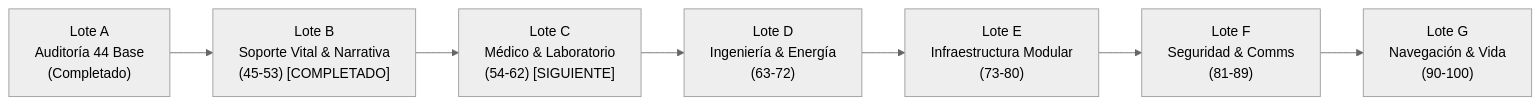
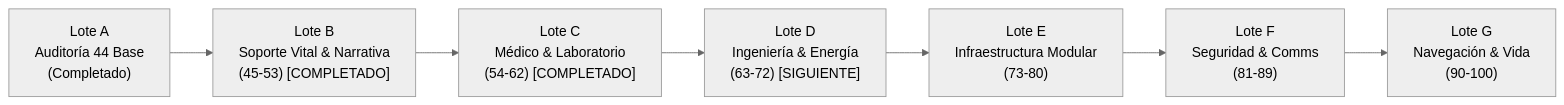
One commit to FrancisCuarto/MODELCODER changed the diagram in docs/BELOW_NOMINAL_100_ASSET_ROADMAP.md. Above: the diagram before and after it, drawn with Mermaid (neutral theme). The commit also changed other lines of this file and 75 other files, not shown here.

````diff
--- a/docs/BELOW_NOMINAL_100_ASSET_ROADMAP.md
+++ b/docs/BELOW_NOMINAL_100_ASSET_ROADMAP.md
@@ -13,9 +13,9 @@
 ```mermaid
 flowchart LR
     A["Lote A<br/>Auditoría 44 Base<br/>(Completado)"] --> B["Lote B<br/>Soporte Vital & Narrativa<br/>(45-53) [COMPLETADO]"]
-    B --> C["Lote C<br/>Médico & Laboratorio<br/>(54-62) [SIGUIENTE]"]
-    C --> D["Lote D<br/>Ingeniería & Energía<br/>(63-72)"]
+    B --> C["Lote C<br/>Médico & Laboratorio<br/>(54-62) [COMPLETADO]"]
+    C --> D["Lote D<br/>Ingeniería & Energía<br/>(63-72) [SIGUIENTE]"]
     D --> E["Lote E<br/>Infraestructura Modular<br/>(73-80)"]
     E --> F["Lote F<br/>Seguridad & Comms<br/>(81-89)"]
     F --> G["Lote G<br/>Navegación & Vida<br/>(90-100)"]
 ```
````
